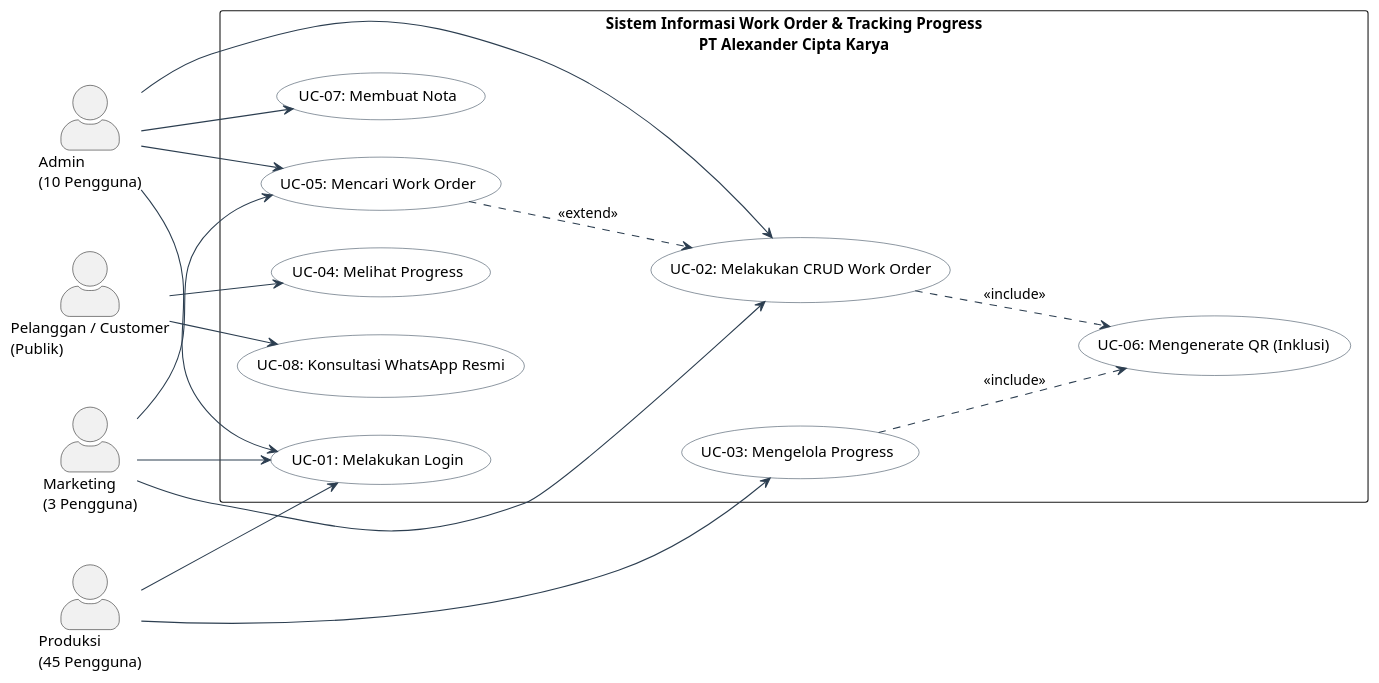
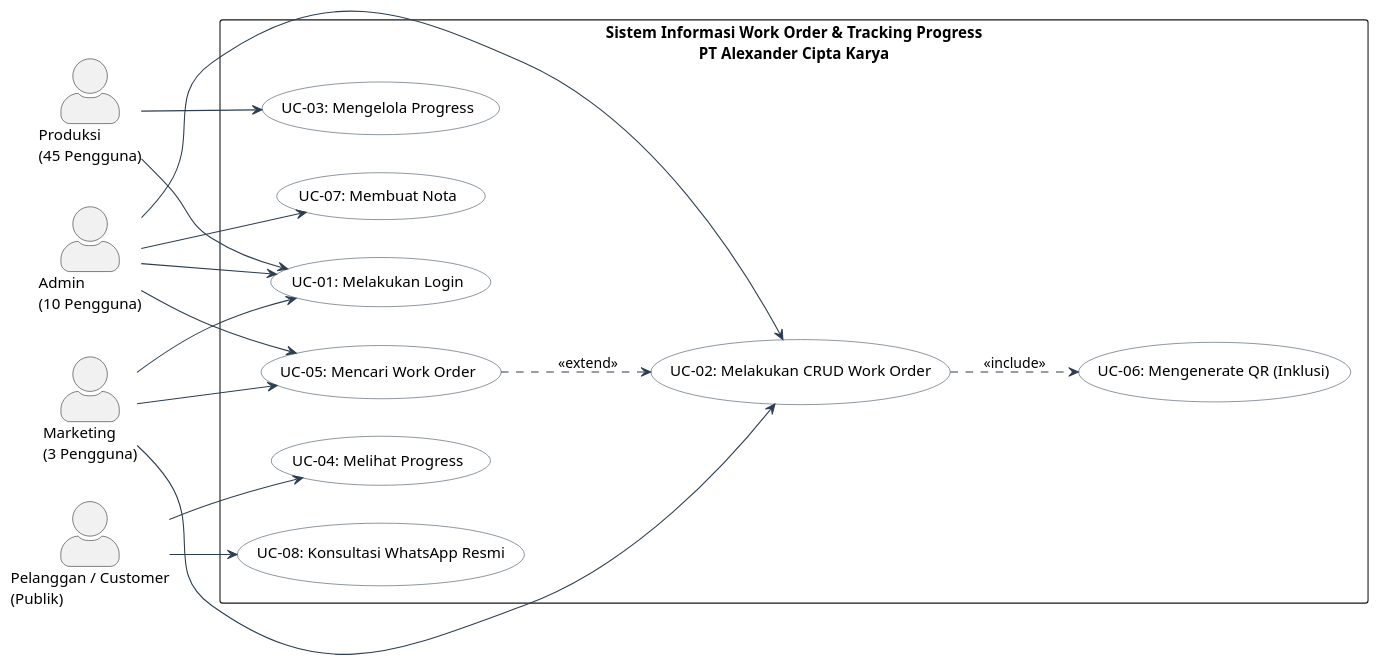
Before and after one commit to SatriaBaktiWijaya/SemuaDiagram: the first of 3 diagrams in diagrams/01_use_case_diagram.md, drawn with PlantUML. The commit also changed other lines of this file and 11 other files, not shown here.

````diff
--- a/diagrams/01_use_case_diagram.md
+++ b/diagrams/01_use_case_diagram.md
@@ -24,47 +24,46 @@
 ```plantuml
 @startuml
 left to right direction
 skinparam actorStyle awesome
 skinparam packageStyle rectangle
 skinparam usecase {
   BackgroundColor White
   BorderColor #2C3E50
   ArrowColor #2C3E50
 }
 
 actor "Admin\n(10 Pengguna)" as Admin
 actor "Marketing\n(3 Pengguna)" as Marketing
 actor "Produksi\n(45 Pengguna)" as Produksi
 actor "Pelanggan / Customer\n(Publik)" as Customer
 
 rectangle "Sistem Informasi Work Order & Tracking Progress\nPT Alexander Cipta Karya" {
   usecase "UC-01: Melakukan Login" as UC1
   usecase "UC-02: Melakukan CRUD Work Order" as UC2
   usecase "UC-03: Mengelola Progress" as UC3
   usecase "UC-04: Melihat Progress" as UC4
   usecase "UC-05: Mencari Work Order" as UC5
   usecase "UC-06: Mengenerate QR (Inklusi)" as UC6
   usecase "UC-07: Membuat Nota" as UC7
   usecase "UC-08: Konsultasi WhatsApp Resmi" as UC8
 }
 
 Produksi --> UC1
 Produksi --> UC3
 
 Admin --> UC1
 Admin --> UC2
 Admin --> UC5
 Admin --> UC7
 
 Marketing --> UC1
 Marketing --> UC2
 Marketing --> UC5
 
 Customer --> UC4
 Customer --> UC8
 
 UC2 ..> UC6 : <<include>>
-UC3 ..> UC6 : <<include>>
 UC5 ..> UC2 : <<extend>>
 @enduml
 ```
````
